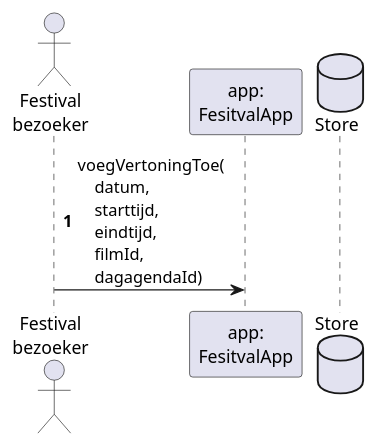
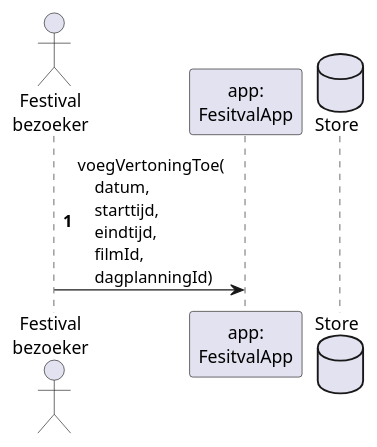
One commit to AIM-ENE/doex-opdracht-2 changed the diagram in weekopdracht/jouw-uitwerking/05_Sequentiediagrammen/sequentiediagram.puml. Above: the diagram before and after it, drawn with PlantUML.

Commit message:
Sync naamgeving

```diff
--- a/weekopdracht/jouw-uitwerking/05_Sequentiediagrammen/sequentiediagram.puml
+++ b/weekopdracht/jouw-uitwerking/05_Sequentiediagrammen/sequentiediagram.puml
@@ -1,16 +1,16 @@
 @startuml
 
 autonumber
 
 actor "Festival\nbezoeker" as bezoeker
 participant "app:\nFesitvalApp" as app
 database Store
 
 bezoeker -> app : voegVertoningToe(\n\
     datum,\n\
     starttijd,\n\
     eindtijd,\n\
     filmId,\n\
-    dagagendaId)
+    dagplanningId)
 
 @enduml
```
